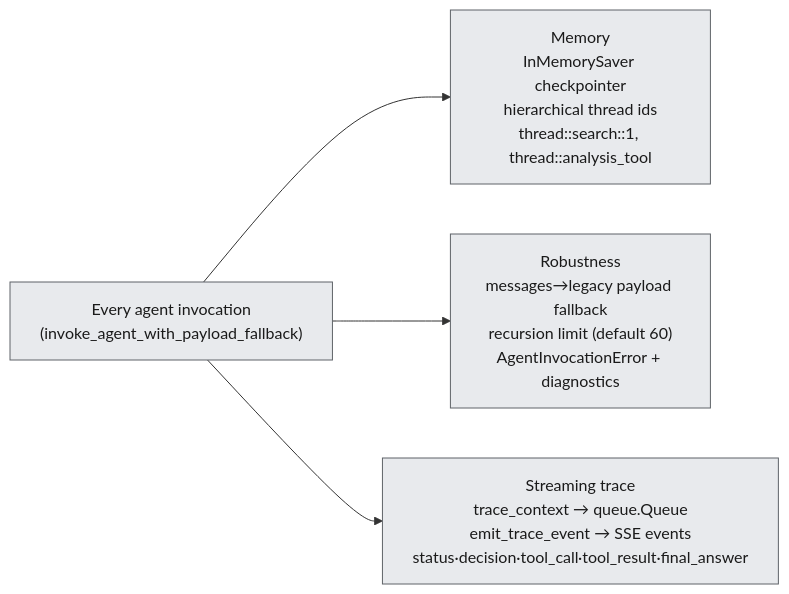
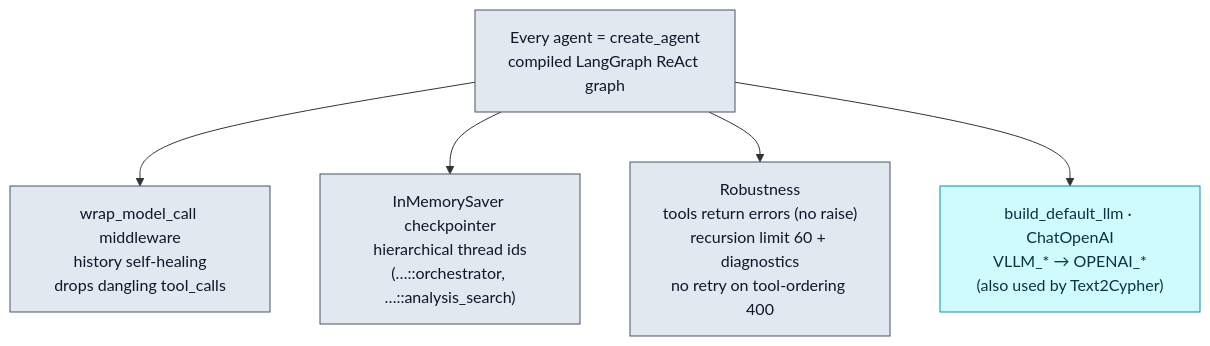
One commit to I-GUIDE/I-GUIDE_AI changed the fourth of 6 diagrams in agent_runtime/agent_architecture.md. Above: the diagram before and after it, drawn with Mermaid. The commit also changed other lines of this file and 18 other files, not shown here.

Commit message:
Implement  supervisor-over-peers + rerank for search + audit for analysis

````diff
--- a/agent_runtime/agent_architecture.md
+++ b/agent_runtime/agent_architecture.md
@@ -70,9 +109,11 @@
 ```mermaid
-flowchart LR
-    classDef infra fill:#e8eaed,stroke:#5f6368,color:#1a1a1a;
+flowchart TB
+    classDef infra fill:#e2e8f0,stroke:#475569,color:#0f172a;
+    classDef llm fill:#cffafe,stroke:#0891b2,color:#083344;
 
-    A["Every agent invocation<br/>(invoke_agent_with_payload_fallback)"]:::infra
-    A --> M["Memory<br/>InMemorySaver checkpointer<br/>hierarchical thread ids<br/>thread::search::1, thread::analysis_tool"]:::infra
-    A --> R["Robustness<br/>messages→legacy payload fallback<br/>recursion limit (default 60)<br/>AgentInvocationError + diagnostics"]:::infra
-    A --> T["Streaming trace<br/>trace_context → queue.Queue<br/>emit_trace_event → SSE events<br/>status·decision·tool_call·tool_result·final_answer"]:::infra
+    AG["Every agent = create_agent<br/>compiled LangGraph ReAct graph"]:::infra
+    AG --> MW["wrap_model_call middleware<br/>history self-healing<br/>drops dangling tool_calls"]:::infra
+    AG --> CP["InMemorySaver checkpointer<br/>hierarchical thread ids<br/>(…::orchestrator, …::analysis_search)"]:::infra
+    AG --> RB["Robustness<br/>tools return errors (no raise)<br/>recursion limit 60 + diagnostics<br/>no retry on tool-ordering 400"]:::infra
+    AG --> LLM["build_default_llm · ChatOpenAI<br/>VLLM_* → OPENAI_*<br/>(also used by Text2Cypher)"]:::llm
 ```
````
